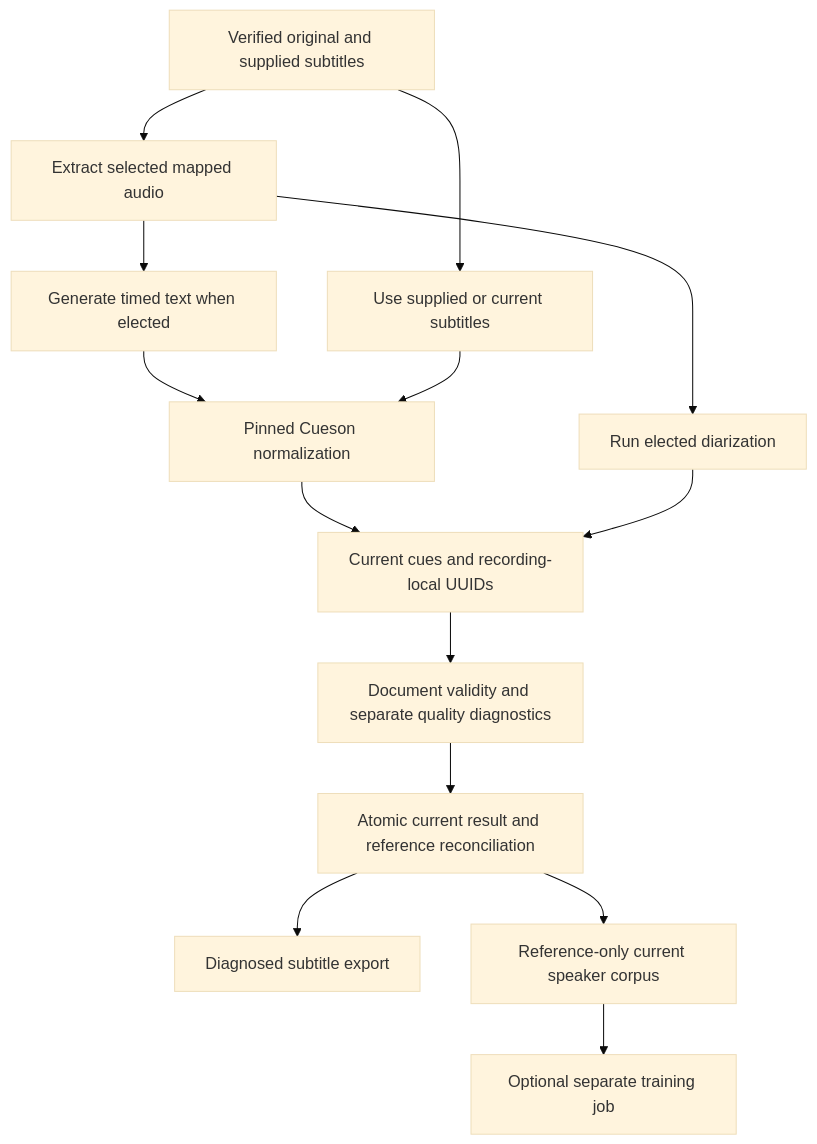
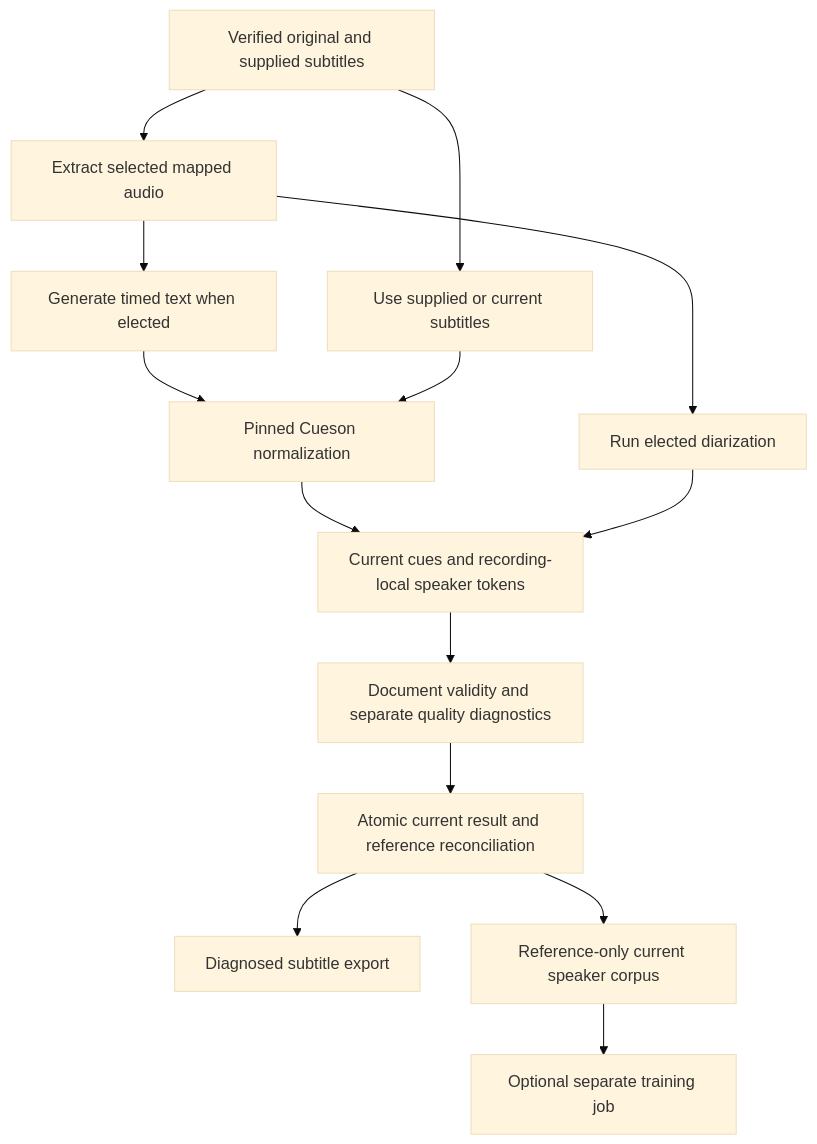
Before and after one commit to shruggietech/insonic: the first of 2 diagrams in docs/v0.0.0/pipelines.md, drawn with Mermaid (base theme). The commit also changed other lines of this file and 94 other files, not shown here.

````diff
--- a/docs/v0.0.0/pipelines.md
+++ b/docs/v0.0.0/pipelines.md
@@ -9,16 +9,16 @@
 ```mermaid
 flowchart TB
   Input[Verified original and supplied subtitles] --> Audio[Extract selected mapped audio]
   Audio --> Recognition[Generate timed text when elected]
   Input --> Supplied[Use supplied or current subtitles]
   Recognition --> Normalize[Pinned Cueson normalization]
   Supplied --> Normalize
   Audio --> Voices[Run elected diarization]
-  Normalize --> Assemble[Current cues and recording-local UUIDs]
+  Normalize --> Assemble[Current cues and recording-local speaker tokens]
   Voices --> Assemble
   Assemble --> Validate[Document validity and separate quality diagnostics]
   Validate --> Current[Atomic current result and reference reconciliation]
   Current --> Export[Diagnosed subtitle export]
   Current --> Corpus[Reference-only current speaker corpus]
   Corpus --> Training[Optional separate training job]
 ```
````
